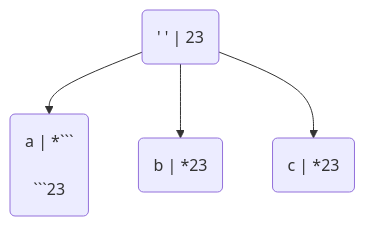
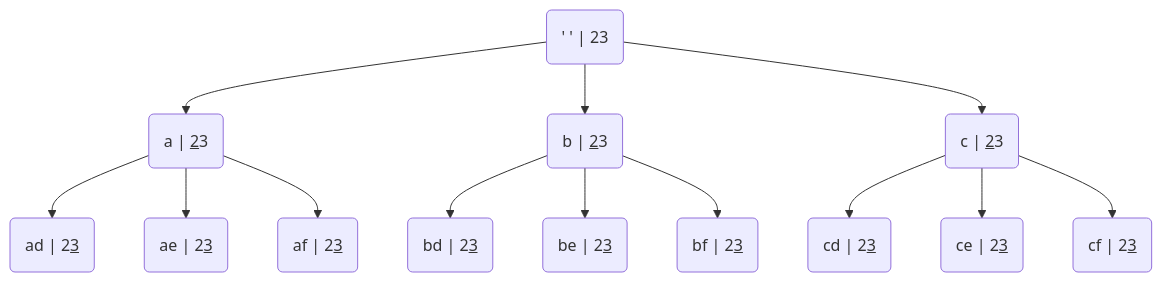
The third of 3 diagrams in Technical/DSA/Recursion.md (ImtiazKhanDS/notes), drawn with Mermaid before and after one commit. The commit also changed other lines of this file, not shown here.

Commit message:
Commit from imtiaz_personal_laptop on 01/10/2024, 21:50:36

````diff
--- a/Technical/DSA/Recursion.md
+++ b/Technical/DSA/Recursion.md
@@ -202,9 +202,19 @@
 ```mermaid
 graph TD
 
-f("' ' | 23") --> a("a | *```
-<u></u>
-```23")
-f("' ' | 23") --> b("b | *23")
-f("' ' | 23") --> c("c | *23")
+f("' ' | 23") --> a("a | <u>2</u>3")
+f("' ' | 23") --> b("b | <u>2</u>3")
+f("' ' | 23") --> c("c | <u>2</u>3")
+
+a --> d("ad | 2<u>3</u>")
+a --> e("ae | 2<u>3</u>")
+a --> f1("af | 2<u>3</u>")
+
+b --> d1("bd | 2<u>3</u>")
+b --> e1("be | 2<u>3</u>")
+b --> f2("bf | 2<u>3</u>")
+
+c --> d2("cd | 2<u>3</u>")
+c --> e2("ce | 2<u>3</u>")
+c --> f3("cf | 2<u>3</u>")
 ```
````
